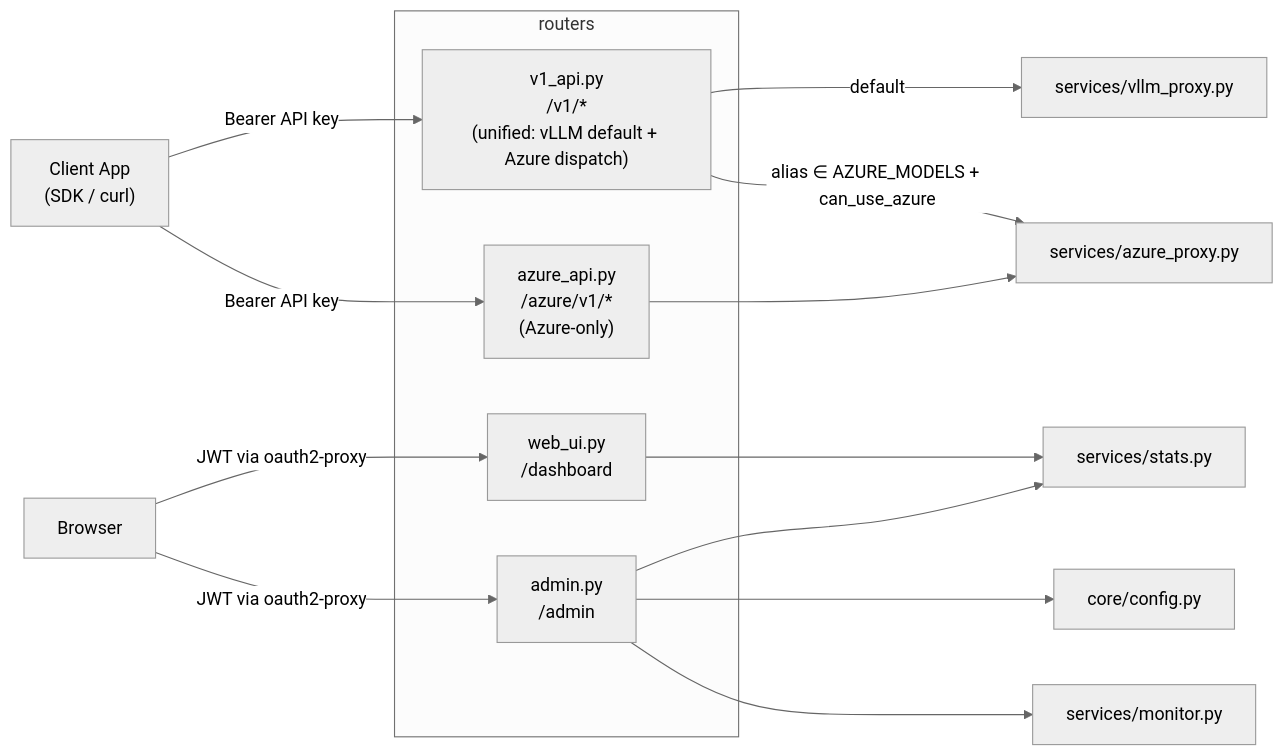
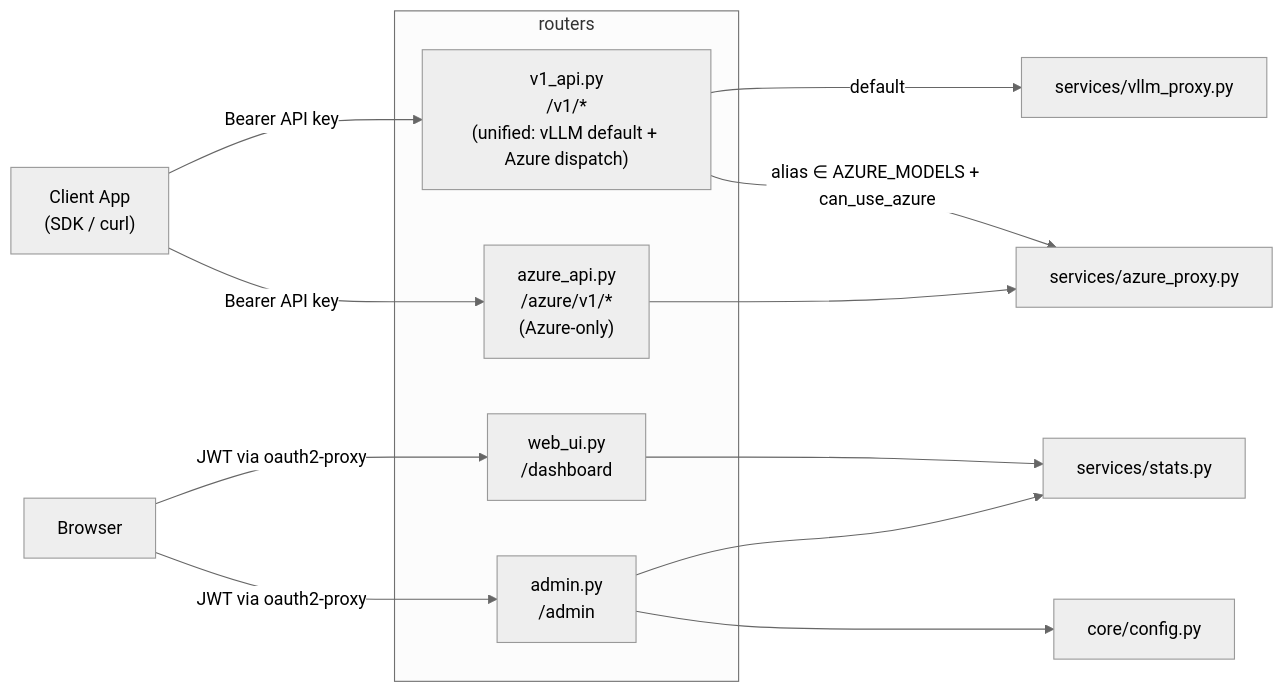
One commit to bwinken/llm-gateway changed the first of 2 diagrams in app/routers/README.md. Above: the diagram before and after it, drawn with Mermaid (neutral theme). The commit also changed other lines of this file and 11 other files, not shown here.

````diff
--- a/app/routers/README.md
+++ b/app/routers/README.md
@@ -9,22 +9,21 @@
 ```mermaid
 graph LR
     Client["Client App<br/>(SDK / curl)"] -->|Bearer API key| v1_api
     Client -->|Bearer API key| azure_api
     Browser["Browser"] -->|JWT via oauth2-proxy| web_ui
     Browser -->|JWT via oauth2-proxy| admin
 
     subgraph routers
         v1_api["v1_api.py<br/>/v1/*<br/>(unified: vLLM default + Azure dispatch)"]
         azure_api["azure_api.py<br/>/azure/v1/*<br/>(Azure-only)"]
         web_ui["web_ui.py<br/>/dashboard"]
         admin["admin.py<br/>/admin"]
     end
 
     v1_api -->|default| vllm_proxy["services/vllm_proxy.py"]
     v1_api -->|alias ∈ AZURE_MODELS + can_use_azure| azure_proxy["services/azure_proxy.py"]
     azure_api --> azure_proxy
     web_ui --> stats["services/stats.py"]
     admin --> stats
     admin --> config["core/config.py"]
-    admin --> monitor["services/monitor.py"]
 ```
````
